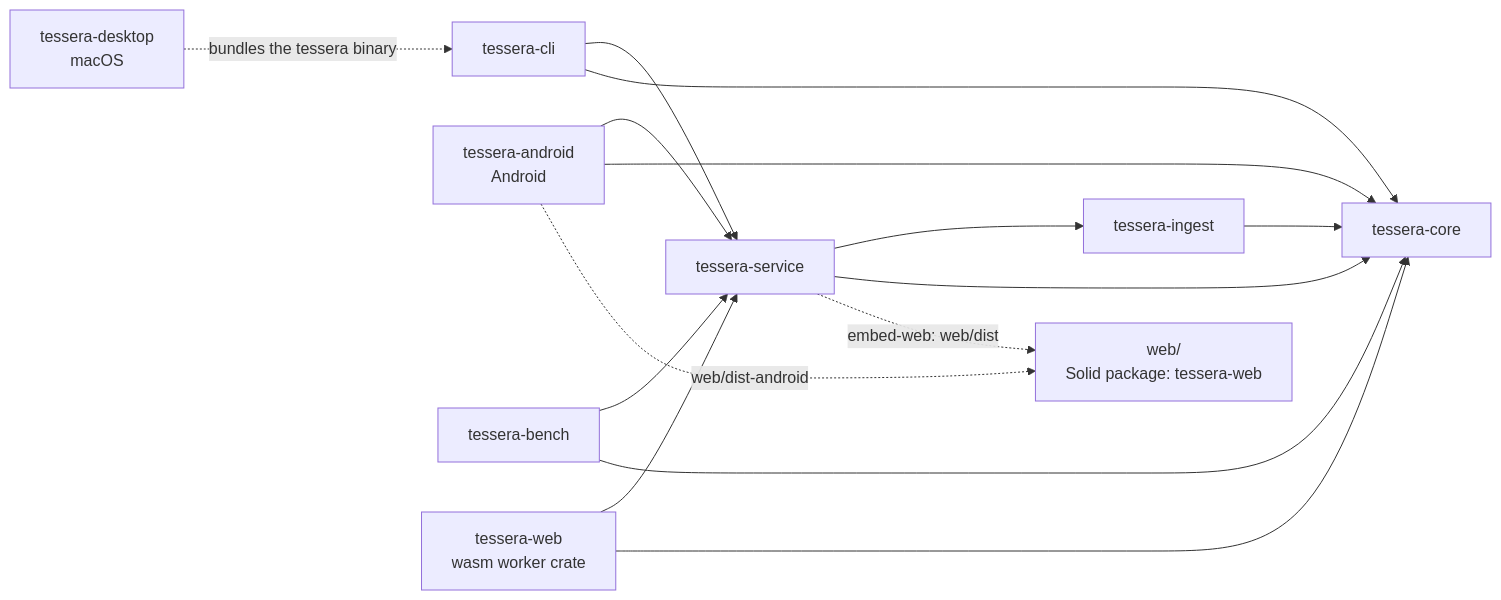
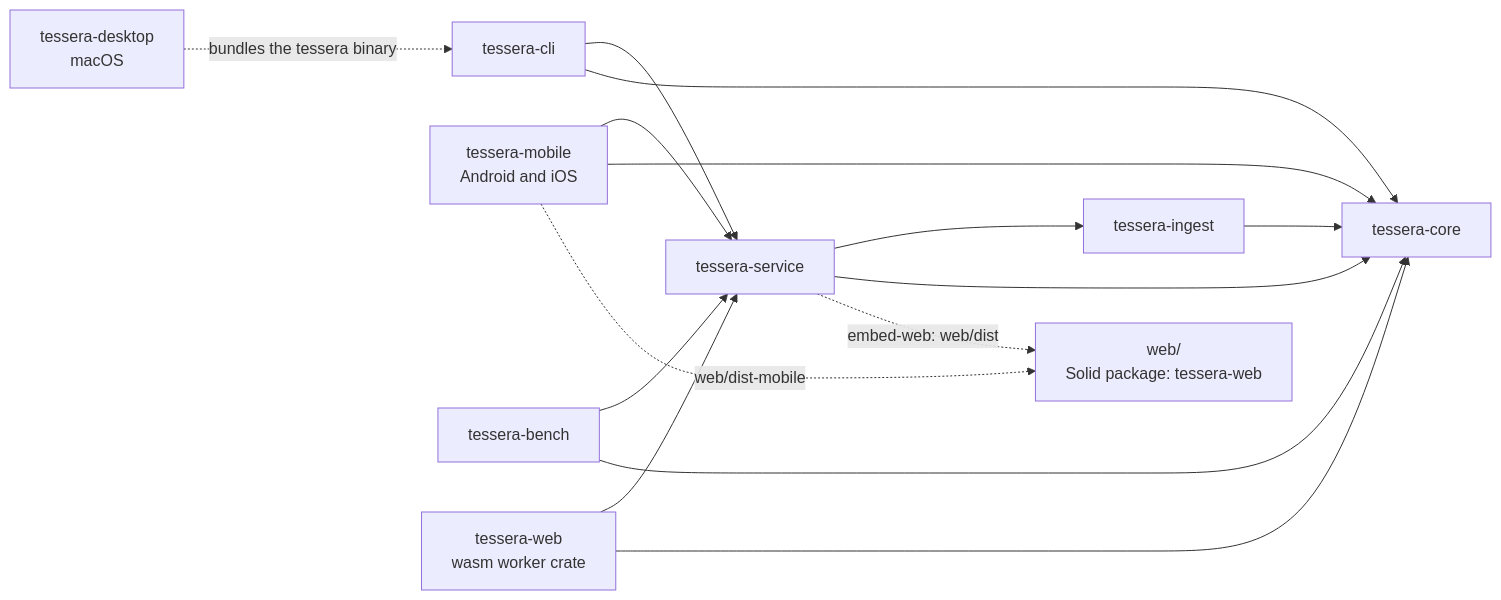
Before and after one commit to solforged/tessera: the second of 2 diagrams in docs/architecture.md, drawn with Mermaid. The commit also changed other lines of this file and 138 other files, not shown here.

First line of the commit message:
feat(mobile): added an iOS build and renamed the crate tessera-mobile

````diff
--- a/docs/architecture.md
+++ b/docs/architecture.md
@@ -198,26 +198,26 @@
 ```mermaid
 flowchart LR
     CLI["tessera-cli"]
     Desktop["tessera-desktop<br/>macOS"]
-    Android["tessera-android<br/>Android"]
+    Android["tessera-mobile<br/>Android and iOS"]
     Bench["tessera-bench"]
     Wasm["tessera-web<br/>wasm worker crate"]
     Service["tessera-service"]
     Ingest["tessera-ingest"]
     Core["tessera-core"]
     Web["web/<br/>Solid package: tessera-web"]
     CLI --> Service
     CLI --> Core
     Android --> Service
     Android --> Core
     Bench --> Service
     Bench --> Core
     Wasm --> Service
     Wasm --> Core
     Service --> Ingest
     Service --> Core
     Ingest --> Core
     Service -. "embed-web: web/dist" .-> Web
-    Android -. "web/dist-android" .-> Web
+    Android -. "web/dist-mobile" .-> Web
     Desktop -. "bundles the tessera binary" .-> CLI
 ```
````
